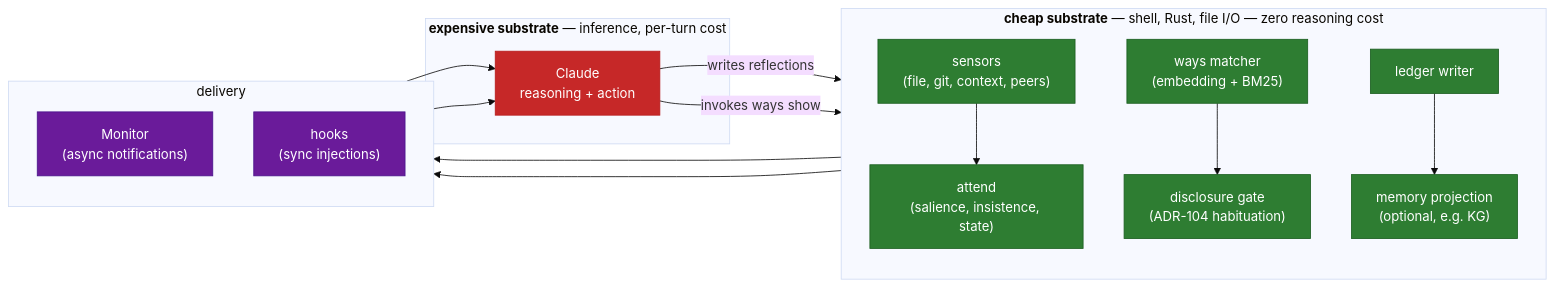
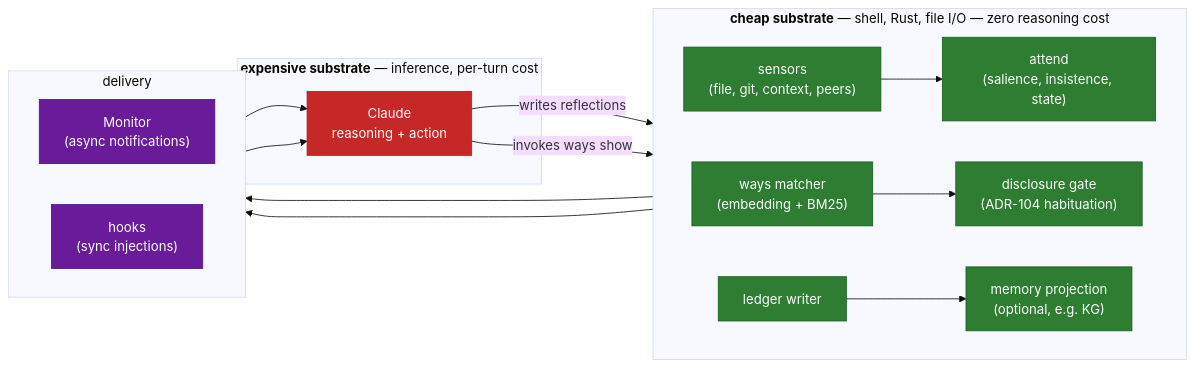
Before and after one commit to jonmuse9/agent-ways: the first of 3 diagrams in docs/cognitive-loop.md, drawn with Mermaid (base theme).

Commit message:
docs: substrate diagram uses LR direction in subgraphs for horizontal flow

````diff
--- a/docs/cognitive-loop.md
+++ b/docs/cognitive-loop.md
@@ -36,38 +36,38 @@
 ```mermaid
 flowchart LR
     classDef cheap fill:#2E7D32,stroke:#1B5E20,color:#fff
     classDef expensive fill:#C62828,stroke:#B71C1C,color:#fff
     classDef delivery fill:#6A1B9A,stroke:#4A148C,color:#fff
 
     subgraph CheapSub["<b>cheap substrate</b> — shell, Rust, file I/O — zero reasoning cost"]
-        direction TB
+        direction LR
         Sensors["sensors<br/>(file, git, context, peers)"]:::cheap
         Attend["attend<br/>(salience, insistence, state)"]:::cheap
         Matcher["ways matcher<br/>(embedding + BM25)"]:::cheap
         Gate["disclosure gate<br/>(ADR-104 habituation)"]:::cheap
         Ledger["ledger writer"]:::cheap
         Memory["memory projection<br/>(optional, e.g. KG)"]:::cheap
     end
 
     subgraph Del["delivery"]
-        direction TB
+        direction LR
         Monitor["Monitor<br/>(async notifications)"]:::delivery
         Hooks["hooks<br/>(sync injections)"]:::delivery
     end
 
     subgraph Exp["<b>expensive substrate</b> — inference, per-turn cost"]
         Claude["Claude<br/>reasoning + action"]:::expensive
     end
 
     Sensors --> Attend
     Attend --> Monitor
     Matcher --> Gate
     Gate --> Hooks
 
     Monitor --> Claude
     Hooks --> Claude
 
     Claude -->|"writes reflections"| Ledger
     Ledger --> Memory
     Claude -->|"invokes ways show"| Matcher
 ```
````
